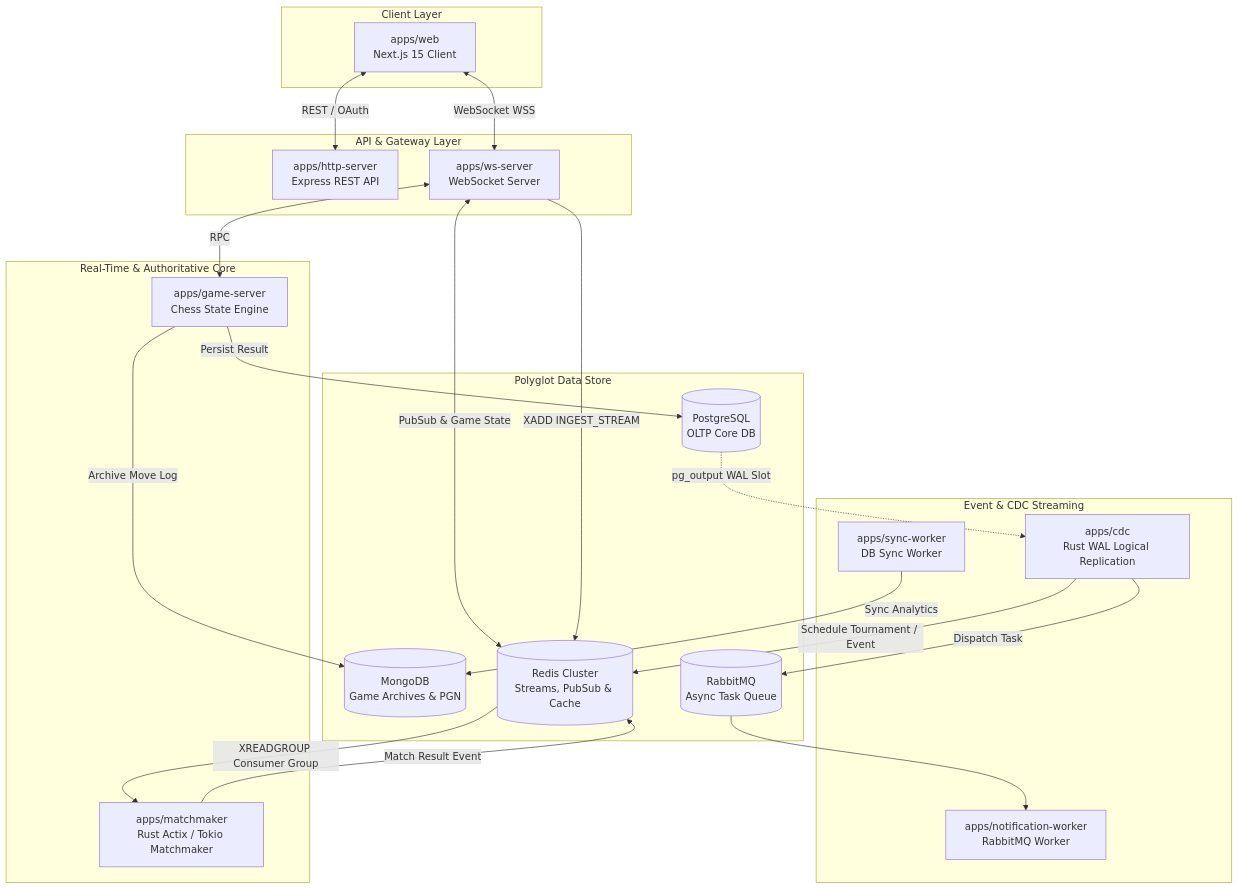
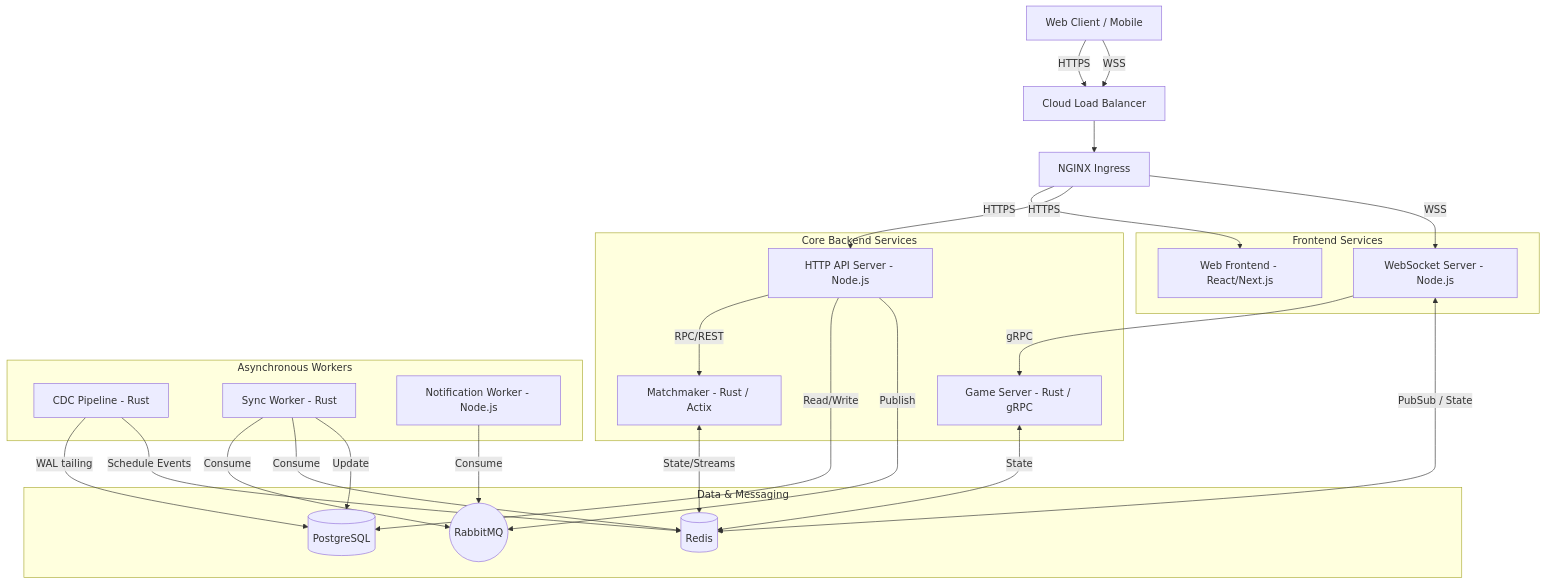
One commit to bhatvinay7/chess-1 changed the first of 6 diagrams in README.md. Above: the diagram before and after it, drawn with Mermaid. The commit also changed other lines of this file, not shown here.

````diff
--- a/README.md
+++ b/README.md
@@ -18,51 +9,54 @@
 ```mermaid
 graph TD
-    subgraph Client Layer
-        Web[apps/web<br/>Next.js 15 Client]
+    Client[Web Client / Mobile]
+    LB[Cloud Load Balancer]
+    Ingress[NGINX Ingress]
+
+    subgraph "Frontend Services"
+        Web[Web Frontend - React/Next.js]
+        WSS[WebSocket Server - Node.js]
     end
 
-    subgraph API & Gateway Layer
-        HTTP[apps/http-server<br/>Express REST API]
-        WS[apps/ws-server<br/>WebSocket Server]
+    subgraph "Core Backend Services"
+        HTTP[HTTP API Server - Node.js]
+        Game[Game Server - Rust / gRPC]
+        Matchmaker[Matchmaker - Rust / Actix]
     end
 
-    subgraph Real-Time & Authoritative Core
-        GS[apps/game-server<br/>Chess State Engine]
-        MM[apps/matchmaker<br/>Rust Actix / Tokio Matchmaker]
+    subgraph "Asynchronous Workers"
+        CDC[CDC Pipeline - Rust]
+        SyncWorker[Sync Worker - Rust]
+        NotifWorker[Notification Worker - Node.js]
     end
 
-    subgraph Event & CDC Streaming
-        CDC[apps/cdc<br/>Rust WAL Logical Replication]
-        SYNC[apps/sync-worker<br/>DB Sync Worker]
-        NOTIF[apps/notification-worker<br/>RabbitMQ Worker]
+    subgraph "Data & Messaging"
+        PG[(PostgreSQL)]
+        Redis[(Redis)]
+        RabbitMQ((RabbitMQ))
     end
 
-    subgraph Polyglot Data Store
-        PG[(PostgreSQL<br/>OLTP Core DB)]
-        MONGO[(MongoDB<br/>Game Archives & PGN)]
-        REDIS[(Redis Cluster<br/>Streams, PubSub & Cache)]
-        RMQ[(RabbitMQ<br/>Async Task Queue)]
-    end
+    Client -->|HTTPS| LB
+    Client -->|WSS| LB
+    LB --> Ingress
+    Ingress -->|HTTPS| Web
+    Ingress -->|HTTPS| HTTP
+    Ingress -->|WSS| WSS
 
-    %% Client flows
-    Web <-->|REST / OAuth| HTTP
-    Web <-->|WebSocket WSS| WS
+    WSS -->|gRPC| Game
+    HTTP -->|RPC/REST| Matchmaker
+    HTTP -->|Read/Write| PG
+    
+    CDC -->|WAL tailing| PG
+    CDC -->|Schedule Events| Redis
+    
+    SyncWorker -->|Consume| RabbitMQ
+    SyncWorker -->|Consume| Redis
+    SyncWorker -->|Update| PG
+    
+    Matchmaker <-->|State/Streams| Redis
+    WSS <-->|PubSub / State| Redis
+    Game <-->|State| Redis
 
-    %% Real-time gameplay
-    WS <-->|PubSub & Game State| REDIS
-    WS <-->|RPC| GS
-    GS -->|Persist Result| PG
-    GS -->|Archive Move Log| MONGO
-
-    %% Matchmaking flow
-    WS -->|XADD INGEST_STREAM| REDIS
-    REDIS -->|XREADGROUP Consumer Group| MM
-    MM -->|Match Result Event| REDIS
-
-    %% CDC Replication flow
-    PG -.->|pg_output WAL Slot| CDC
-    CDC -->|Schedule Tournament / Event| REDIS
-    CDC -->|Dispatch Task| RMQ
-    RMQ --> NOTIF
-    SYNC -->|Sync Analytics| MONGO
+    HTTP -->|Publish| RabbitMQ
+    NotifWorker -->|Consume| RabbitMQ
 ```
````
